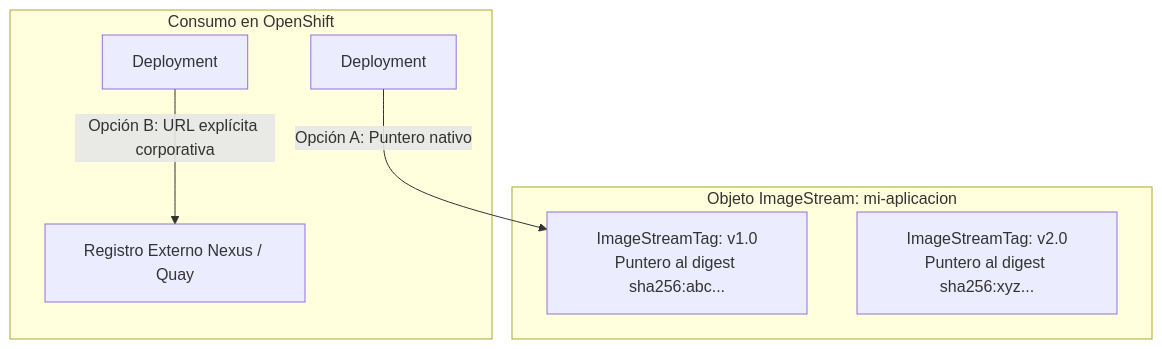
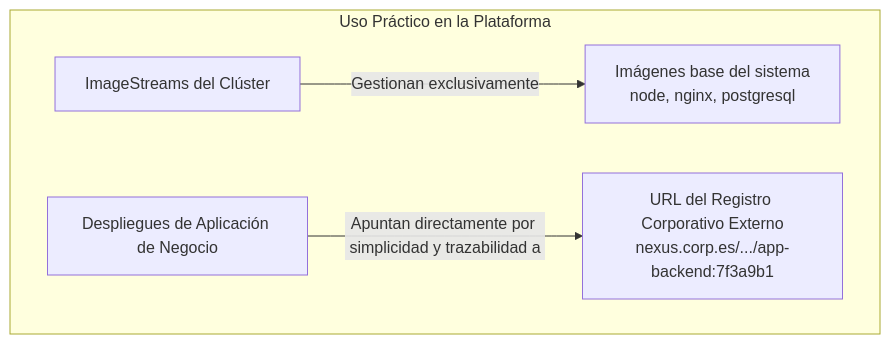
One commit to ieftraining/curso-openshift changed the sixth of 7 diagrams in docs/sesion4/4.4 Registro, gestión y seguridad de imágenes.md. Above: the diagram before and after it, drawn with Mermaid. The commit also changed other lines of this file, not shown here.

````diff
--- a/docs/sesion4/4.4 Registro, gestión y seguridad de imágenes.md
+++ b/docs/sesion4/4.4 Registro, gestión y seguridad de imágenes.md
@@ -166,12 +148,7 @@
 ```mermaid
 flowchart TD
-    subgraph Objeto ImageStream: mi-aplicacion
-        IST1[ImageStreamTag: v1.0<br>Puntero al digest sha256:abc...]
-        IST2[ImageStreamTag: v2.0<br>Puntero al digest sha256:xyz...]
-    end
-
-    subgraph Consumo en OpenShift
-        D[Deployment] -->|Opción A: Puntero nativo| IST1
-        E[Deployment] -->|Opción B: URL explícita corporativa| R[Registro Externo Nexus / Quay]
+    subgraph Uso Práctico en la Plataforma
+        A[ImageStreams del Clúster] -->|Gestionan exclusivamente| B[Imágenes base del sistema<br>node, nginx, postgresql]
+        C[Despliegues de Aplicación de Negocio] -->|Apuntan directamente por simplicidad y trazabilidad a| D[URL del Registro Corporativo Externo<br>nexus.corp.es/.../app-backend:7f3a9b1]
     end
 ```
````
